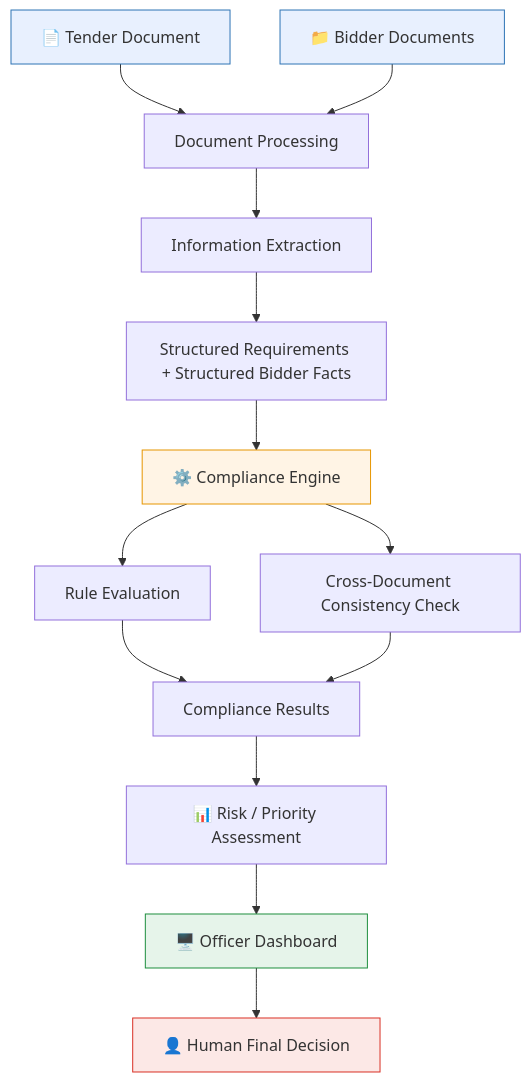
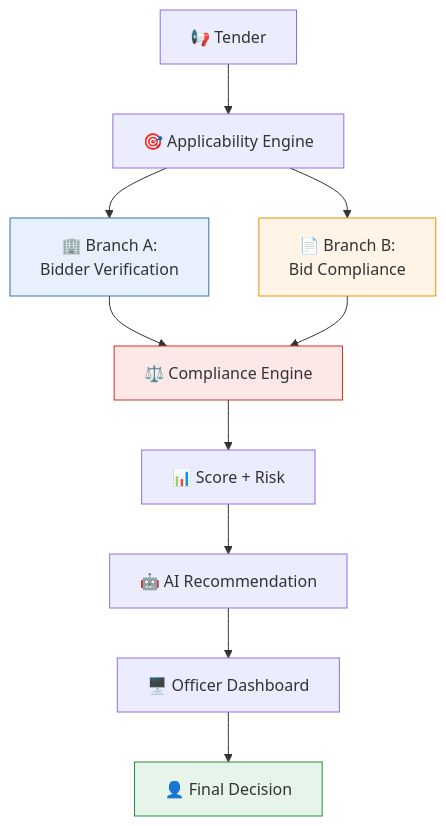
The diagram in README.md (IshanWankhede/BidVerify-AI), drawn with Mermaid before and after one commit. The commit also changed other lines of this file and 5 other files, not shown here.

````diff
--- a/README.md
+++ b/README.md
@@ -149,21 +107,17 @@
 ```mermaid
 flowchart TD
-    A[📄 Tender Document] --> C[Document Processing]
-    B[📁 Bidder Documents] --> C
-    C --> D[Information Extraction]
-    D --> E[Structured Requirements + Structured Bidder Facts]
-    E --> F[⚙️ Compliance Engine]
-    F --> G[Rule Evaluation]
-    F --> H[Cross-Document Consistency Check]
-    G --> I[Compliance Results]
-    H --> I
-    I --> J[📊 Risk / Priority Assessment]
-    J --> K[🖥️ Officer Dashboard]
-    K --> L[👤 Human Final Decision]
+    A[📢 Tender] --> B[🎯 Applicability Engine]
+    B --> C["🏢 Branch A:<br/>Bidder Verification"]
+    B --> D["📄 Branch B:<br/>Bid Compliance"]
+    C --> E[⚖️ Compliance Engine]
+    D --> E
+    E --> F[📊 Score + Risk]
+    F --> G[🤖 AI Recommendation]
+    G --> H[🖥️ Officer Dashboard]
+    H --> I[👤 Final Decision]
 
-    style A fill:#e8f0fe,stroke:#2e74b5
-    style B fill:#e8f0fe,stroke:#2e74b5
-    style F fill:#fff4e5,stroke:#e69500
-    style K fill:#e6f4ea,stroke:#1e8e3e
-    style L fill:#fce8e6,stroke:#d93025
+    style C fill:#e8f0fe,stroke:#2e74b5
+    style D fill:#fff4e5,stroke:#e69500
+    style E fill:#fce8e6,stroke:#d93025
+    style I fill:#e6f4ea,stroke:#1e8e3e
 ```
````
